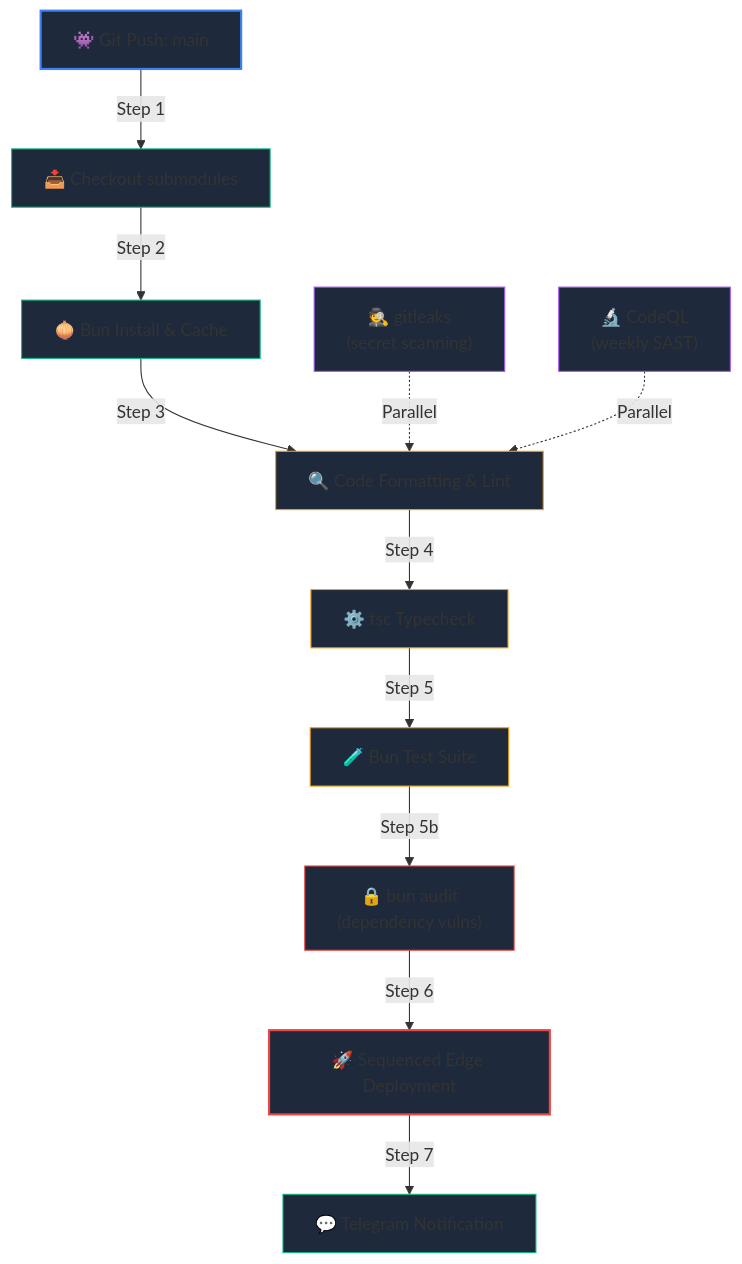
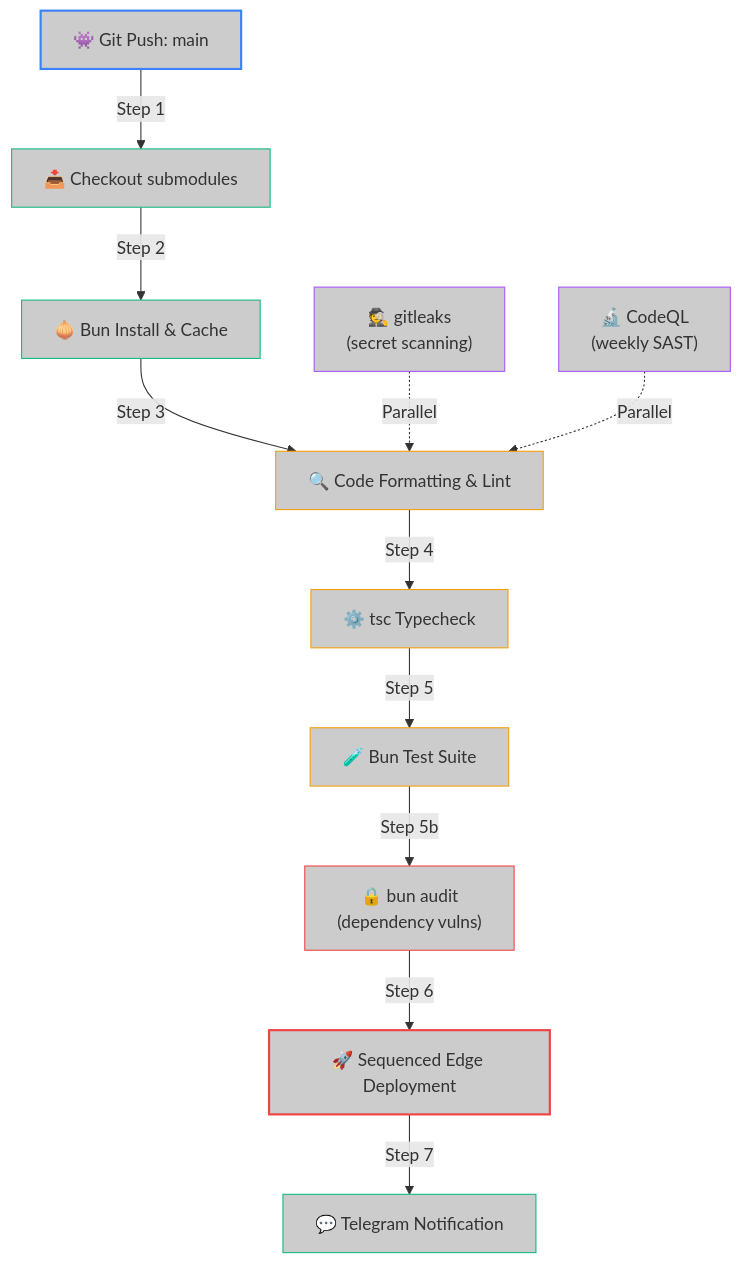
One commit to jango-blockchained/hoox-setup changed the diagram in docs/devops/deployment/cicd.md. Above: the diagram before and after it, drawn with Mermaid. The commit also changed 38 other files, not shown here.

````diff
--- a/docs/devops/deployment/cicd.md
+++ b/docs/devops/deployment/cicd.md
@@ -16,26 +16,26 @@
 ```mermaid
 graph TD
     Push["👾 Git Push: main"] -->|Step 1| Checkout["📥 Checkout submodules"]
     Checkout -->|Step 2| Install["🧅 Bun Install & Cache"]
     Install -->|Step 3| Lint["🔍 Code Formatting & Lint"]
     Lint -->|Step 4| Typecheck["⚙️ tsc Typecheck"]
     Typecheck -->|Step 5| Test["🧪 Bun Test Suite"]
     Test -->|Step 5b| Audit["🔒 bun audit \n(dependency vulns)"]
     Audit -->|Step 6| Deploy["🚀 Sequenced Edge Deployment"]
     Deploy -->|Step 7| Notify["💬 Telegram Notification"]
 
     SecretScan["🕵️ gitleaks \n(secret scanning)"] -.->|Parallel| Lint
     CodeQL["🔬 CodeQL \n(weekly SAST)"] -.->|Parallel| Lint
 
-    style Push fill:#1e293b,stroke:#3b82f6,stroke-width:2
-    style Checkout fill:#1e293b,stroke:#10b981,stroke-width:1
-    style Install fill:#1e293b,stroke:#10b981,stroke-width:1
-    style Lint fill:#1e293b,stroke:#f59e0b,stroke-width:1
-    style Typecheck fill:#1e293b,stroke:#f59e0b,stroke-width:1
-    style Test fill:#1e293b,stroke:#f59e0b,stroke-width:1
-    style Audit fill:#1e293b,stroke:#ef4444,stroke-width:1
-    style SecretScan fill:#1e293b,stroke:#a855f7,stroke-width:1
-    style CodeQL fill:#1e293b,stroke:#a855f7,stroke-width:1
-    style Deploy fill:#1e293b,stroke:#ef4444,stroke-width:2
-    style Notify fill:#1e293b,stroke:#10b981,stroke-width:1
+    style Push fill:#CCCCCC,stroke:#3b82f6,stroke-width:2
+    style Checkout fill:#CCCCCC,stroke:#10b981,stroke-width:1
+    style Install fill:#CCCCCC,stroke:#10b981,stroke-width:1
+    style Lint fill:#CCCCCC,stroke:#f59e0b,stroke-width:1
+    style Typecheck fill:#CCCCCC,stroke:#f59e0b,stroke-width:1
+    style Test fill:#CCCCCC,stroke:#f59e0b,stroke-width:1
+    style Audit fill:#CCCCCC,stroke:#ef4444,stroke-width:1
+    style SecretScan fill:#CCCCCC,stroke:#a855f7,stroke-width:1
+    style CodeQL fill:#CCCCCC,stroke:#a855f7,stroke-width:1
+    style Deploy fill:#CCCCCC,stroke:#ef4444,stroke-width:2
+    style Notify fill:#CCCCCC,stroke:#10b981,stroke-width:1
 ```
````
